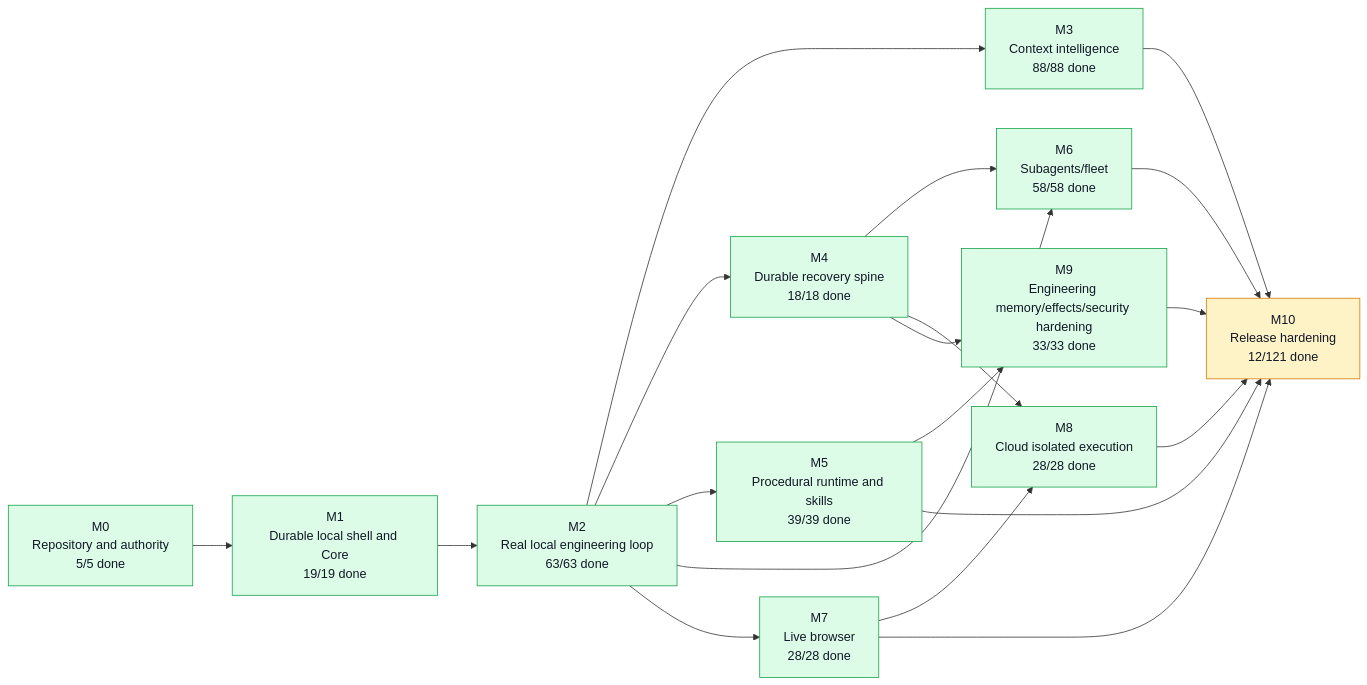
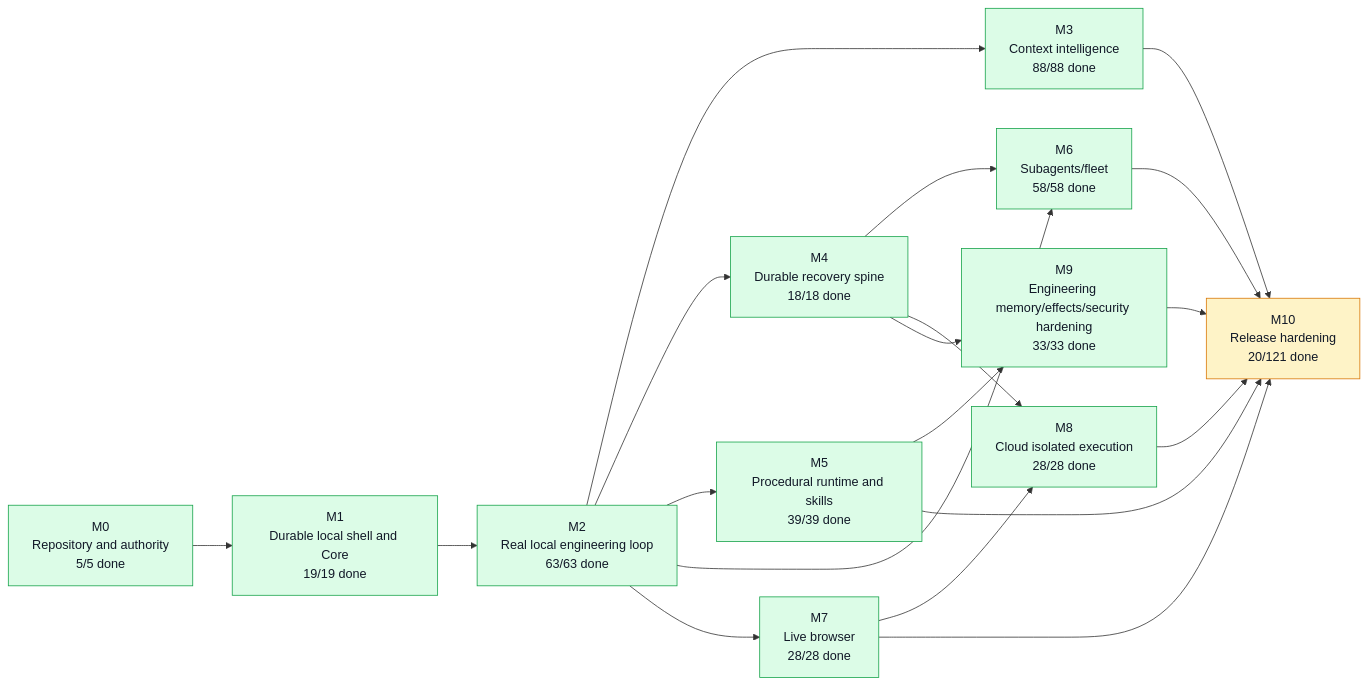
The first of 5 diagrams in graph/PROJECT_GRAPH.md (moss101/modbit), drawn with Mermaid before and after one commit. The commit also changed other lines of this file and 28 other files, not shown here.

````diff
--- a/graph/PROJECT_GRAPH.md
+++ b/graph/PROJECT_GRAPH.md
@@ -57,43 +57,43 @@
 ```mermaid
 flowchart LR
   M0["M0<br/>Repository and authority<br/>5/5 done"]
   M1["M1<br/>Durable local shell and Core<br/>19/19 done"]
   M2["M2<br/>Real local engineering loop<br/>63/63 done"]
   M3["M3<br/>Context intelligence<br/>88/88 done"]
   M4["M4<br/>Durable recovery spine<br/>18/18 done"]
   M5["M5<br/>Procedural runtime and skills<br/>39/39 done"]
   M6["M6<br/>Subagents/fleet<br/>58/58 done"]
   M7["M7<br/>Live browser<br/>28/28 done"]
   M8["M8<br/>Cloud isolated execution<br/>28/28 done"]
   M9["M9<br/>Engineering memory/effects/security hardening<br/>33/33 done"]
-  M10["M10<br/>Release hardening<br/>12/121 done"]
+  M10["M10<br/>Release hardening<br/>20/121 done"]
   M0 --> M1
   M1 --> M2
   M2 --> M3
   M2 --> M4
   M2 --> M5
   M2 --> M6
   M4 --> M6
   M2 --> M7
   M4 --> M8
   M7 --> M8
   M4 --> M9
   M5 --> M9
   M3 --> M10
   M5 --> M10
   M6 --> M10
   M7 --> M10
   M8 --> M10
   M9 --> M10
   style M0 fill:#dcfce7,stroke:#16a34a,color:#111827
   style M1 fill:#dcfce7,stroke:#16a34a,color:#111827
   style M2 fill:#dcfce7,stroke:#16a34a,color:#111827
   style M3 fill:#dcfce7,stroke:#16a34a,color:#111827
   style M4 fill:#dcfce7,stroke:#16a34a,color:#111827
   style M5 fill:#dcfce7,stroke:#16a34a,color:#111827
   style M6 fill:#dcfce7,stroke:#16a34a,color:#111827
   style M7 fill:#dcfce7,stroke:#16a34a,color:#111827
   style M8 fill:#dcfce7,stroke:#16a34a,color:#111827
   style M9 fill:#dcfce7,stroke:#16a34a,color:#111827
   style M10 fill:#fef3c7,stroke:#d97706,color:#111827
 ```
````
